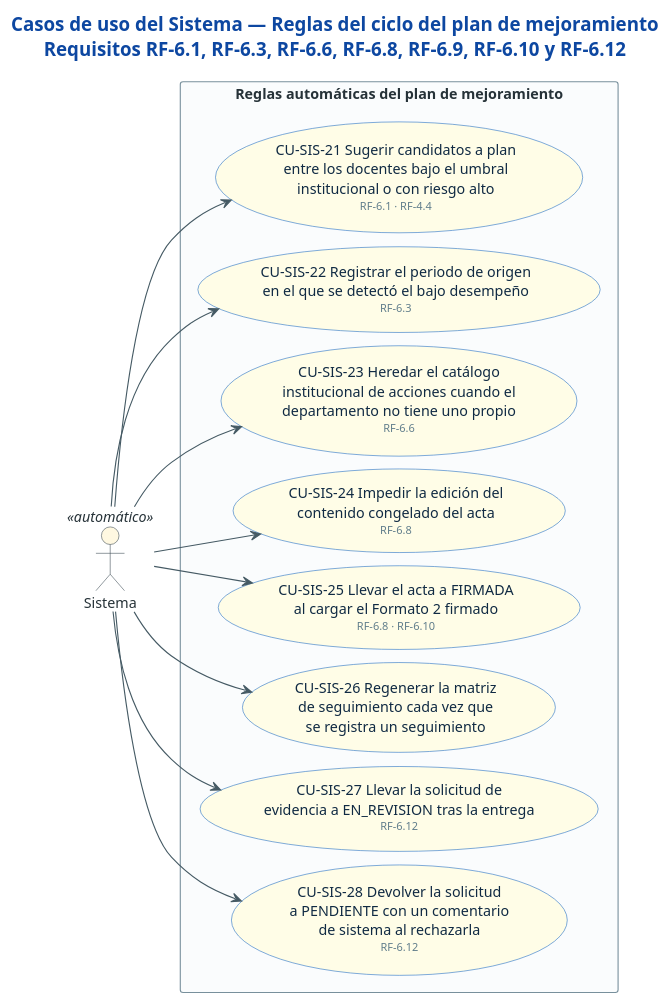
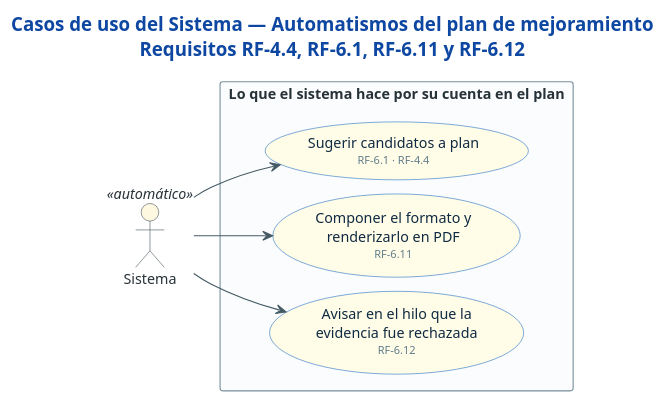
One commit to sistema-evaluacion-docente/api.evd changed the diagram in docs/casos-de-uso/18-sistema-ciclo-de-planes.puml. Above: the diagram before and after it, drawn with PlantUML. The commit also changed 20 other files, not shown here.

First line of the commit message:
style: change use case diagrams for clarity and consistency

```diff
--- a/docs/casos-de-uso/18-sistema-ciclo-de-planes.puml
+++ b/docs/casos-de-uso/18-sistema-ciclo-de-planes.puml
@@ -1,63 +1,50 @@
-@startuml cu-52-sistema-ciclo-de-planes
+@startuml cu-18-sistema-ciclo-de-planes
 ' =============================================================================
 ' Sistema de Evaluación Docente (SET) — UFPS
 ' Fuente: Tabla 36 (actores) y Tabla 37 (requisitos funcionales) del documento de
 '         tesis, con la implementación de DistilUmbert-back y DistilUmbert-front.
-' Especificación de cada caso de uso: docs/casos-de-uso/README.md
 ' =============================================================================
-title Casos de uso del Sistema — Reglas del ciclo del plan de mejoramiento\nRequisitos RF-6.1, RF-6.3, RF-6.6, RF-6.8, RF-6.9, RF-6.10 y RF-6.12
+title Casos de uso del Sistema — Automatismos del plan de mejoramiento\nRequisitos RF-4.4, RF-6.1, RF-6.11 y RF-6.12
 
 left to right direction
 
 skinparam backgroundColor #FFFFFF
 skinparam shadowing false
 skinparam defaultFontSize 13
 skinparam TitleFontSize 17
 skinparam TitleFontColor #0D47A1
 skinparam ArrowColor #455A64
 skinparam ArrowFontColor #546E7A
 skinparam ArrowFontSize 11
 skinparam nodesep 12
 skinparam ranksep 40
-' Descomenta la línea siguiente para aristas ortogonales (requiere Graphviz).
-' skinparam linetype ortho
 skinparam actor {
   BackgroundColor #ECEFF1
   BorderColor #37474F
   FontColor #263238
 }
 skinparam usecase {
   BackgroundColor #E3F2FD
   BorderColor #1565C0
   FontColor #102A43
 }
 skinparam rectangle {
   BackgroundColor #FAFCFD
   BorderColor #78909C
   FontColor #263238
   FontStyle bold
 }
 
 actor "Sistema" as SYS <<automático>> #FFF8E1
 
-rectangle "Reglas automáticas del plan de mejoramiento" {
-  usecase "CU-SIS-21 Sugerir candidatos a plan\nentre los docentes bajo el umbral\ninstitucional o con riesgo alto\n<size:10><color:#607D8B>RF-6.1 · RF-4.4</color></size>" as S21 #FFFDE7
-  usecase "CU-SIS-22 Registrar el periodo de origen\nen el que se detectó el bajo desempeño\n<size:10><color:#607D8B>RF-6.3</color></size>" as S22 #FFFDE7
-  usecase "CU-SIS-23 Heredar el catálogo\ninstitucional de acciones cuando el\ndepartamento no tiene uno propio\n<size:10><color:#607D8B>RF-6.6</color></size>" as S23 #FFFDE7
-  usecase "CU-SIS-24 Impedir la edición del\ncontenido congelado del acta\n<size:10><color:#607D8B>RF-6.8</color></size>" as S24 #FFFDE7
-  usecase "CU-SIS-25 Llevar el acta a FIRMADA\nal cargar el Formato 2 firmado\n<size:10><color:#607D8B>RF-6.8 · RF-6.10</color></size>" as S25 #FFFDE7
-  usecase "CU-SIS-26 Regenerar la matriz\nde seguimiento cada vez que\nse registra un seguimiento" as S26 #FFFDE7
-  usecase "CU-SIS-27 Llevar la solicitud de\nevidencia a EN_REVISION tras la entrega\n<size:10><color:#607D8B>RF-6.12</color></size>" as S27 #FFFDE7
-  usecase "CU-SIS-28 Devolver la solicitud\na PENDIENTE con un comentario\nde sistema al rechazarla\n<size:10><color:#607D8B>RF-6.12</color></size>" as S28 #FFFDE7
+rectangle "Lo que el sistema hace por su cuenta en el plan" {
+  usecase "Sugerir candidatos a plan\n<size:10><color:#607D8B>RF-6.1 · RF-4.4</color></size>" as S21 #FFFDE7
+  usecase "Componer el formato y\nrenderizarlo en PDF\n<size:10><color:#607D8B>RF-6.11</color></size>" as S25 #FFFDE7
+  usecase "Avisar en el hilo que la\nevidencia fue rechazada\n<size:10><color:#607D8B>RF-6.12</color></size>" as S28 #FFFDE7
 }
 
 SYS --> S21
-SYS --> S22
-SYS --> S23
-SYS --> S24
 SYS --> S25
-SYS --> S26
-SYS --> S27
 SYS --> S28
 
 @enduml
```
